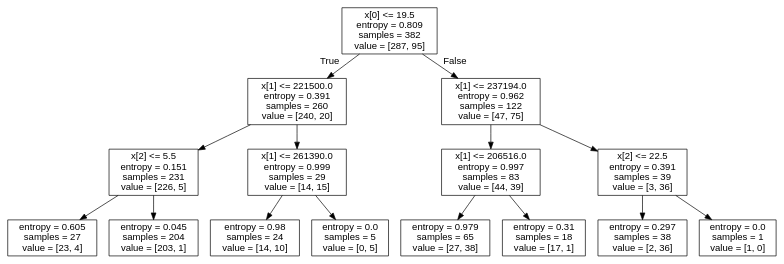
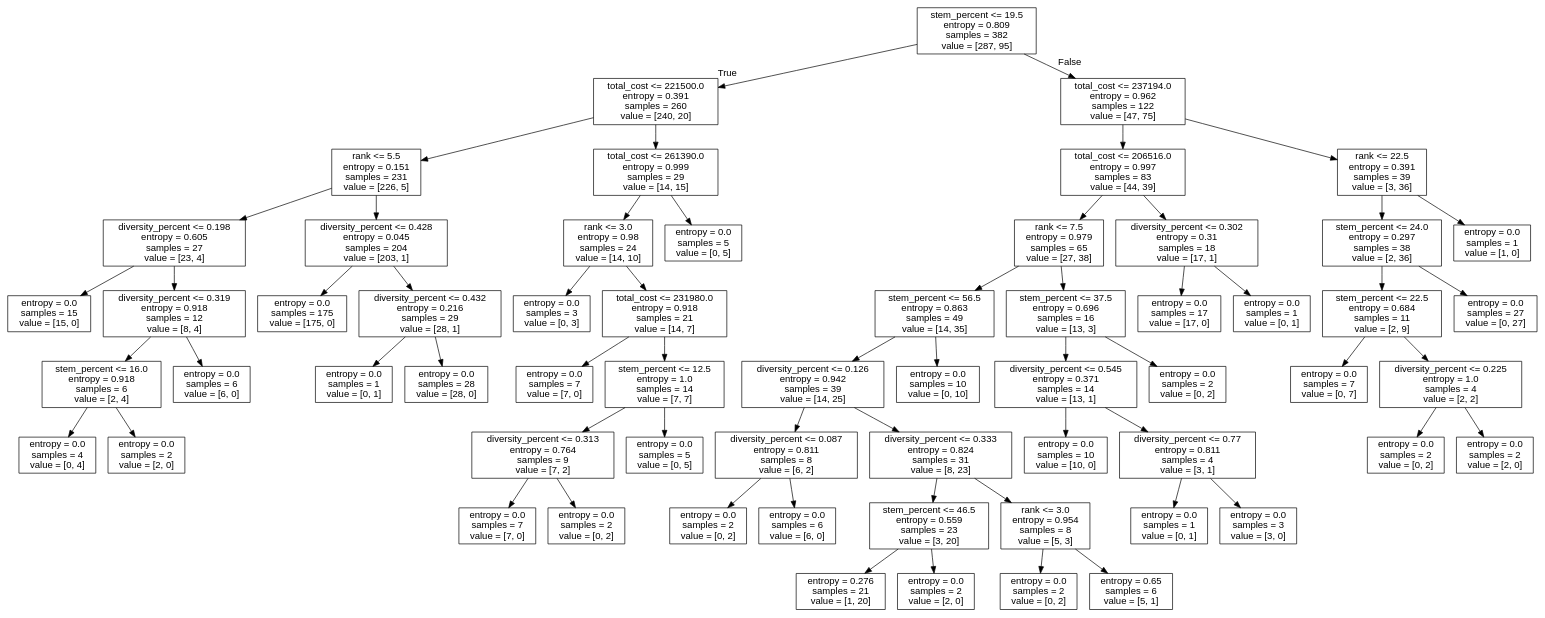
The diagram in src/dot_files/new_tree5.dot (ashlynthemitm/DS-Model), drawn with Graphviz before and after one commit. The commit also changed 18 other files, not shown here.

```diff
--- a/src/dot_files/new_tree5.dot
+++ b/src/dot_files/new_tree5.dot
@@ -1,33 +1,125 @@
 digraph Tree {
 node [shape=box, fontname="helvetica"] ;
 edge [fontname="helvetica"] ;
-0 [label="x[0] <= 19.5\nentropy = 0.809\nsamples = 382\nvalue = [287, 95]"] ;
-1 [label="x[1] <= 221500.0\nentropy = 0.391\nsamples = 260\nvalue = [240, 20]"] ;
+0 [label="stem_percent <= 19.5\nentropy = 0.809\nsamples = 382\nvalue = [287, 95]"] ;
+1 [label="total_cost <= 221500.0\nentropy = 0.391\nsamples = 260\nvalue = [240, 20]"] ;
 0 -> 1 [labeldistance=2.5, labelangle=45, headlabel="True"] ;
-2 [label="x[2] <= 5.5\nentropy = 0.151\nsamples = 231\nvalue = [226, 5]"] ;
+2 [label="rank <= 5.5\nentropy = 0.151\nsamples = 231\nvalue = [226, 5]"] ;
 1 -> 2 ;
-3 [label="entropy = 0.605\nsamples = 27\nvalue = [23, 4]"] ;
+3 [label="diversity_percent <= 0.198\nentropy = 0.605\nsamples = 27\nvalue = [23, 4]"] ;
 2 -> 3 ;
-4 [label="entropy = 0.045\nsamples = 204\nvalue = [203, 1]"] ;
-2 -> 4 ;
-5 [label="x[1] <= 261390.0\nentropy = 0.999\nsamples = 29\nvalue = [14, 15]"] ;
-1 -> 5 ;
-6 [label="entropy = 0.98\nsamples = 24\nvalue = [14, 10]"] ;
+4 [label="entropy = 0.0\nsamples = 15\nvalue = [15, 0]"] ;
+3 -> 4 ;
+5 [label="diversity_percent <= 0.319\nentropy = 0.918\nsamples = 12\nvalue = [8, 4]"] ;
+3 -> 5 ;
+6 [label="stem_percent <= 16.0\nentropy = 0.918\nsamples = 6\nvalue = [2, 4]"] ;
 5 -> 6 ;
-7 [label="entropy = 0.0\nsamples = 5\nvalue = [0, 5]"] ;
-5 -> 7 ;
-8 [label="x[1] <= 237194.0\nentropy = 0.962\nsamples = 122\nvalue = [47, 75]"] ;
-0 -> 8 [labeldistance=2.5, labelangle=-45, headlabel="False"] ;
-9 [label="x[1] <= 206516.0\nentropy = 0.997\nsamples = 83\nvalue = [44, 39]"] ;
-8 -> 9 ;
-10 [label="entropy = 0.979\nsamples = 65\nvalue = [27, 38]"] ;
-9 -> 10 ;
-11 [label="entropy = 0.31\nsamples = 18\nvalue = [17, 1]"] ;
-9 -> 11 ;
-12 [label="x[2] <= 22.5\nentropy = 0.391\nsamples = 39\nvalue = [3, 36]"] ;
-8 -> 12 ;
-13 [label="entropy = 0.297\nsamples = 38\nvalue = [2, 36]"] ;
+7 [label="entropy = 0.0\nsamples = 4\nvalue = [0, 4]"] ;
+6 -> 7 ;
+8 [label="entropy = 0.0\nsamples = 2\nvalue = [2, 0]"] ;
+6 -> 8 ;
+9 [label="entropy = 0.0\nsamples = 6\nvalue = [6, 0]"] ;
+5 -> 9 ;
+10 [label="diversity_percent <= 0.428\nentropy = 0.045\nsamples = 204\nvalue = [203, 1]"] ;
+2 -> 10 ;
+11 [label="entropy = 0.0\nsamples = 175\nvalue = [175, 0]"] ;
+10 -> 11 ;
+12 [label="diversity_percent <= 0.432\nentropy = 0.216\nsamples = 29\nvalue = [28, 1]"] ;
+10 -> 12 ;
+13 [label="entropy = 0.0\nsamples = 1\nvalue = [0, 1]"] ;
 12 -> 13 ;
-14 [label="entropy = 0.0\nsamples = 1\nvalue = [1, 0]"] ;
+14 [label="entropy = 0.0\nsamples = 28\nvalue = [28, 0]"] ;
 12 -> 14 ;
+15 [label="total_cost <= 261390.0\nentropy = 0.999\nsamples = 29\nvalue = [14, 15]"] ;
+1 -> 15 ;
+16 [label="rank <= 3.0\nentropy = 0.98\nsamples = 24\nvalue = [14, 10]"] ;
+15 -> 16 ;
+17 [label="entropy = 0.0\nsamples = 3\nvalue = [0, 3]"] ;
+16 -> 17 ;
+18 [label="total_cost <= 231980.0\nentropy = 0.918\nsamples = 21\nvalue = [14, 7]"] ;
+16 -> 18 ;
+19 [label="entropy = 0.0\nsamples = 7\nvalue = [7, 0]"] ;
+18 -> 19 ;
+20 [label="stem_percent <= 12.5\nentropy = 1.0\nsamples = 14\nvalue = [7, 7]"] ;
+18 -> 20 ;
+21 [label="diversity_percent <= 0.313\nentropy = 0.764\nsamples = 9\nvalue = [7, 2]"] ;
+20 -> 21 ;
+22 [label="entropy = 0.0\nsamples = 7\nvalue = [7, 0]"] ;
+21 -> 22 ;
+23 [label="entropy = 0.0\nsamples = 2\nvalue = [0, 2]"] ;
+21 -> 23 ;
+24 [label="entropy = 0.0\nsamples = 5\nvalue = [0, 5]"] ;
+20 -> 24 ;
+25 [label="entropy = 0.0\nsamples = 5\nvalue = [0, 5]"] ;
+15 -> 25 ;
+26 [label="total_cost <= 237194.0\nentropy = 0.962\nsamples = 122\nvalue = [47, 75]"] ;
+0 -> 26 [labeldistance=2.5, labelangle=-45, headlabel="False"] ;
+27 [label="total_cost <= 206516.0\nentropy = 0.997\nsamples = 83\nvalue = [44, 39]"] ;
+26 -> 27 ;
+28 [label="rank <= 7.5\nentropy = 0.979\nsamples = 65\nvalue = [27, 38]"] ;
+27 -> 28 ;
+29 [label="stem_percent <= 56.5\nentropy = 0.863\nsamples = 49\nvalue = [14, 35]"] ;
+28 -> 29 ;
+30 [label="diversity_percent <= 0.126\nentropy = 0.942\nsamples = 39\nvalue = [14, 25]"] ;
+29 -> 30 ;
+31 [label="diversity_percent <= 0.087\nentropy = 0.811\nsamples = 8\nvalue = [6, 2]"] ;
+30 -> 31 ;
+32 [label="entropy = 0.0\nsamples = 2\nvalue = [0, 2]"] ;
+31 -> 32 ;
+33 [label="entropy = 0.0\nsamples = 6\nvalue = [6, 0]"] ;
+31 -> 33 ;
+34 [label="diversity_percent <= 0.333\nentropy = 0.824\nsamples = 31\nvalue = [8, 23]"] ;
+30 -> 34 ;
+35 [label="stem_percent <= 46.5\nentropy = 0.559\nsamples = 23\nvalue = [3, 20]"] ;
+34 -> 35 ;
+36 [label="entropy = 0.276\nsamples = 21\nvalue = [1, 20]"] ;
+35 -> 36 ;
+37 [label="entropy = 0.0\nsamples = 2\nvalue = [2, 0]"] ;
+35 -> 37 ;
+38 [label="rank <= 3.0\nentropy = 0.954\nsamples = 8\nvalue = [5, 3]"] ;
+34 -> 38 ;
+39 [label="entropy = 0.0\nsamples = 2\nvalue = [0, 2]"] ;
+38 -> 39 ;
+40 [label="entropy = 0.65\nsamples = 6\nvalue = [5, 1]"] ;
+38 -> 40 ;
+41 [label="entropy = 0.0\nsamples = 10\nvalue = [0, 10]"] ;
+29 -> 41 ;
+42 [label="stem_percent <= 37.5\nentropy = 0.696\nsamples = 16\nvalue = [13, 3]"] ;
+28 -> 42 ;
+43 [label="diversity_percent <= 0.545\nentropy = 0.371\nsamples = 14\nvalue = [13, 1]"] ;
+42 -> 43 ;
+44 [label="entropy = 0.0\nsamples = 10\nvalue = [10, 0]"] ;
+43 -> 44 ;
+45 [label="diversity_percent <= 0.77\nentropy = 0.811\nsamples = 4\nvalue = [3, 1]"] ;
+43 -> 45 ;
+46 [label="entropy = 0.0\nsamples = 1\nvalue = [0, 1]"] ;
+45 -> 46 ;
+47 [label="entropy = 0.0\nsamples = 3\nvalue = [3, 0]"] ;
+45 -> 47 ;
+48 [label="entropy = 0.0\nsamples = 2\nvalue = [0, 2]"] ;
+42 -> 48 ;
+49 [label="diversity_percent <= 0.302\nentropy = 0.31\nsamples = 18\nvalue = [17, 1]"] ;
+27 -> 49 ;
+50 [label="entropy = 0.0\nsamples = 17\nvalue = [17, 0]"] ;
+49 -> 50 ;
+51 [label="entropy = 0.0\nsamples = 1\nvalue = [0, 1]"] ;
+49 -> 51 ;
+52 [label="rank <= 22.5\nentropy = 0.391\nsamples = 39\nvalue = [3, 36]"] ;
+26 -> 52 ;
+53 [label="stem_percent <= 24.0\nentropy = 0.297\nsamples = 38\nvalue = [2, 36]"] ;
+52 -> 53 ;
+54 [label="stem_percent <= 22.5\nentropy = 0.684\nsamples = 11\nvalue = [2, 9]"] ;
+53 -> 54 ;
+55 [label="entropy = 0.0\nsamples = 7\nvalue = [0, 7]"] ;
+54 -> 55 ;
+56 [label="diversity_percent <= 0.225\nentropy = 1.0\nsamples = 4\nvalue = [2, 2]"] ;
+54 -> 56 ;
+57 [label="entropy = 0.0\nsamples = 2\nvalue = [0, 2]"] ;
+56 -> 57 ;
+58 [label="entropy = 0.0\nsamples = 2\nvalue = [2, 0]"] ;
+56 -> 58 ;
+59 [label="entropy = 0.0\nsamples = 27\nvalue = [0, 27]"] ;
+53 -> 59 ;
+60 [label="entropy = 0.0\nsamples = 1\nvalue = [1, 0]"] ;
+52 -> 60 ;
 }
```
